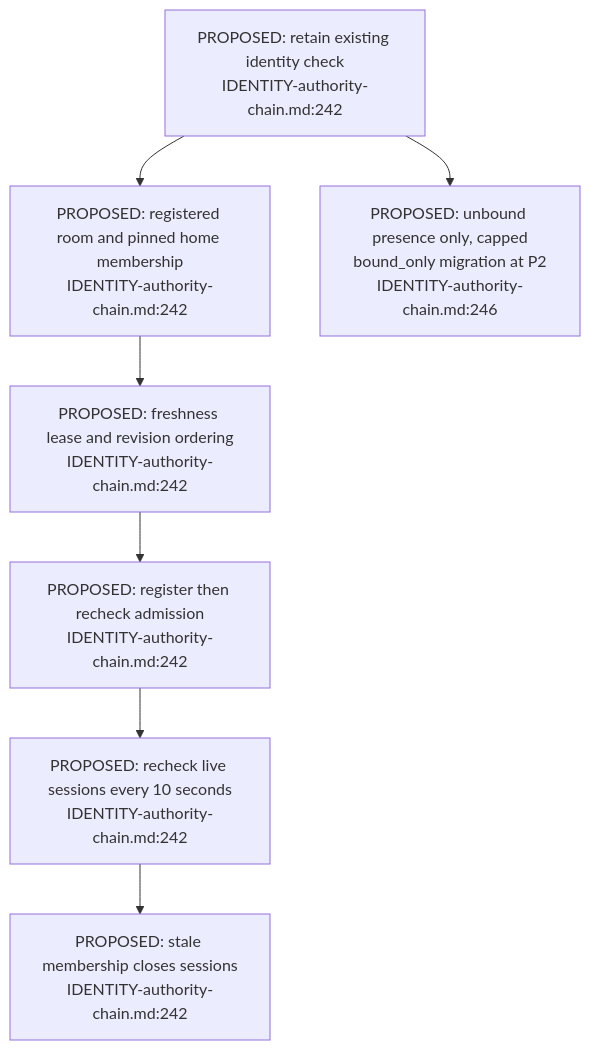
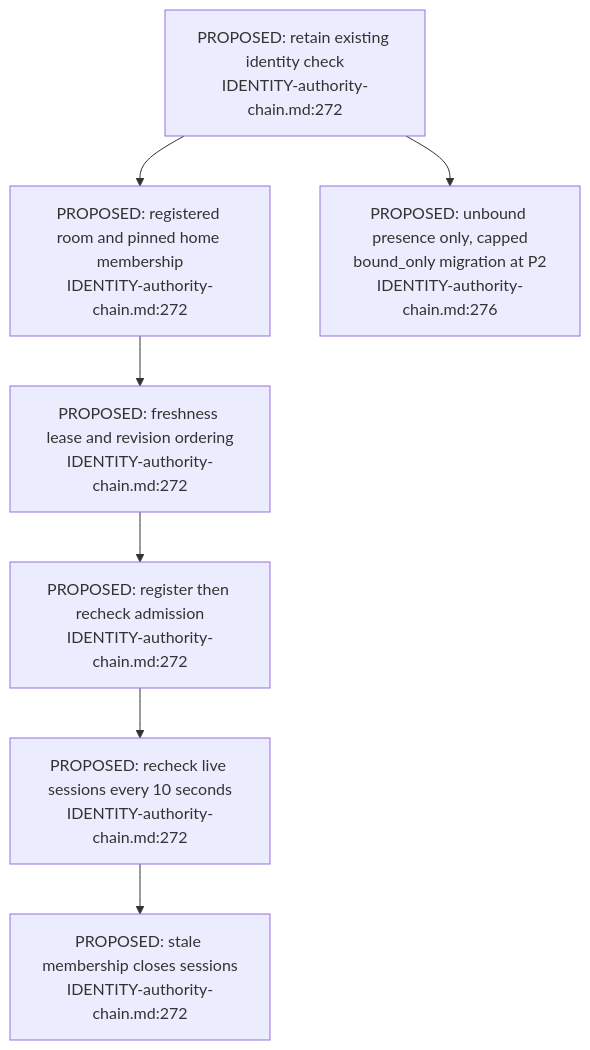
The third of 3 diagrams in docs/diagrams/visionclaw/49-room-admission.md (DreamLab-AI/VisionFlow), drawn with Mermaid before and after one commit. The commit also changed other lines of this file and 7 other files, not shown here.

First line of the commit message:
diagrams(visionclaw): re-verify VC-43..VC-50 at visionclaw 4900ec6

````diff
--- a/docs/diagrams/visionclaw/49-room-admission.md
+++ b/docs/diagrams/visionclaw/49-room-admission.md
@@ -55,9 +55,9 @@
 ```mermaid
 flowchart TD
-    ID["PROPOSED: retain existing identity check<br/>IDENTITY-authority-chain.md:242"] --> ADMIT["PROPOSED: registered room and pinned home membership<br/>IDENTITY-authority-chain.md:242"]
-    ADMIT --> LEASE["PROPOSED: freshness lease and revision ordering<br/>IDENTITY-authority-chain.md:242"]
-    LEASE --> JOIN["PROPOSED: register then recheck admission<br/>IDENTITY-authority-chain.md:242"]
-    JOIN --> RECHECK["PROPOSED: recheck live sessions every 10 seconds<br/>IDENTITY-authority-chain.md:242"]
-    RECHECK --> CLOSE["PROPOSED: stale membership closes sessions<br/>IDENTITY-authority-chain.md:242"]
-    ID --> LEGACY["PROPOSED: unbound presence only, capped<br/>bound_only migration at P2<br/>IDENTITY-authority-chain.md:246"]
+    ID["PROPOSED: retain existing identity check<br/>IDENTITY-authority-chain.md:272"] --> ADMIT["PROPOSED: registered room and pinned home membership<br/>IDENTITY-authority-chain.md:272"]
+    ADMIT --> LEASE["PROPOSED: freshness lease and revision ordering<br/>IDENTITY-authority-chain.md:272"]
+    LEASE --> JOIN["PROPOSED: register then recheck admission<br/>IDENTITY-authority-chain.md:272"]
+    JOIN --> RECHECK["PROPOSED: recheck live sessions every 10 seconds<br/>IDENTITY-authority-chain.md:272"]
+    RECHECK --> CLOSE["PROPOSED: stale membership closes sessions<br/>IDENTITY-authority-chain.md:272"]
+    ID --> LEGACY["PROPOSED: unbound presence only, capped<br/>bound_only migration at P2<br/>IDENTITY-authority-chain.md:276"]
 ```
````
